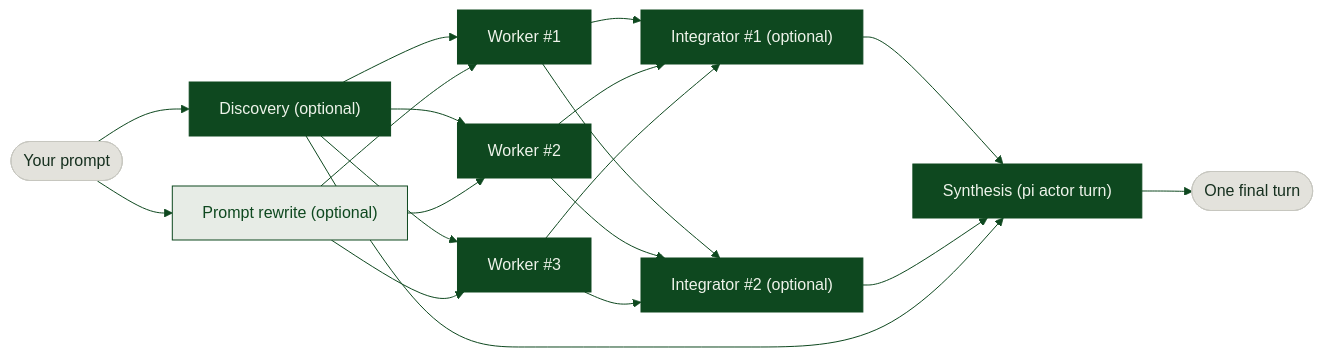
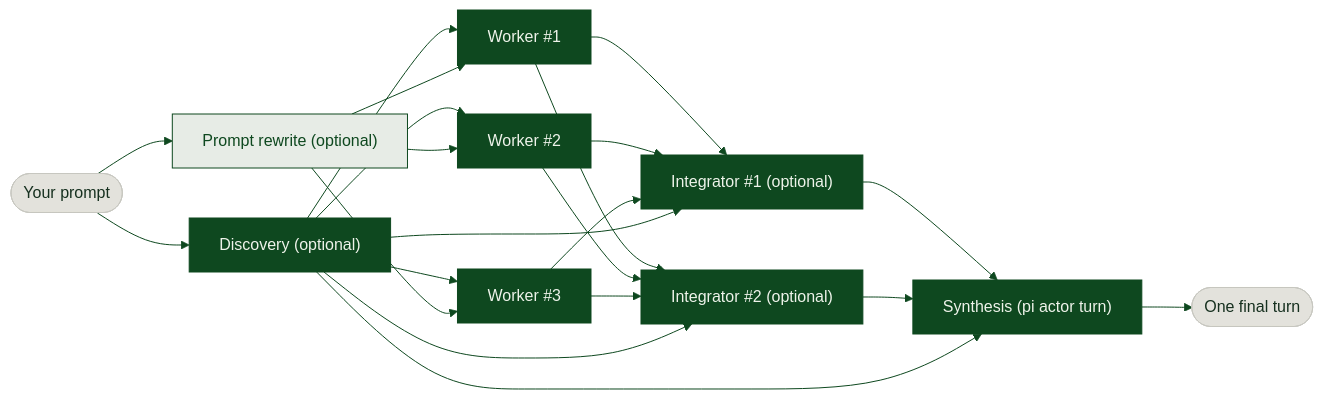
One commit to plutospp/pi-fusion changed the diagram in README.md. Above: the diagram before and after it, drawn with Mermaid. The commit also changed 3 other files, not shown here.

First line of the commit message:
Update diagrams and social preview assets for integrators stage

````diff
--- a/README.md
+++ b/README.md
@@ -57,28 +57,30 @@
 ```mermaid
 %%{init: {"theme":"base","themeVariables":{"fontFamily":"Inter, system-ui, sans-serif","lineColor":"#0E481F","primaryColor":"#0E481F","primaryTextColor":"#EEF3EA","primaryBorderColor":"#0E481F"}}}%%
 flowchart LR
   U([Your prompt]) --> D["Discovery (optional)"]
   U --> R["Prompt rewrite (optional)"]
   D --> W1[Worker #1]
   D --> W2[Worker #2]
   D --> W3[Worker #3]
   R --> W1
   R --> W2
   R --> W3
   W1 --> I1["Integrator #1 (optional)"]
   W2 --> I1
   W3 --> I1
   W1 --> I2["Integrator #2 (optional)"]
   W2 --> I2
   W3 --> I2
+  D --> I1
+  D --> I2
   I1 --> A["Synthesis (pi actor turn)"]
   I2 --> A
   D --> A
   A --> O([One final turn])
   classDef solid fill:#0E481F,stroke:#0E481F,color:#EEF3EA;
   classDef outline fill:#E7ECE6,stroke:#0E481F,color:#0E481F;
   classDef pill fill:#E3E2DC,stroke:#C7C7C0,color:#16301F;
   class U,O pill;
   class D,W1,W2,W3,I1,I2,A solid;
   class R outline;
 ```
````
